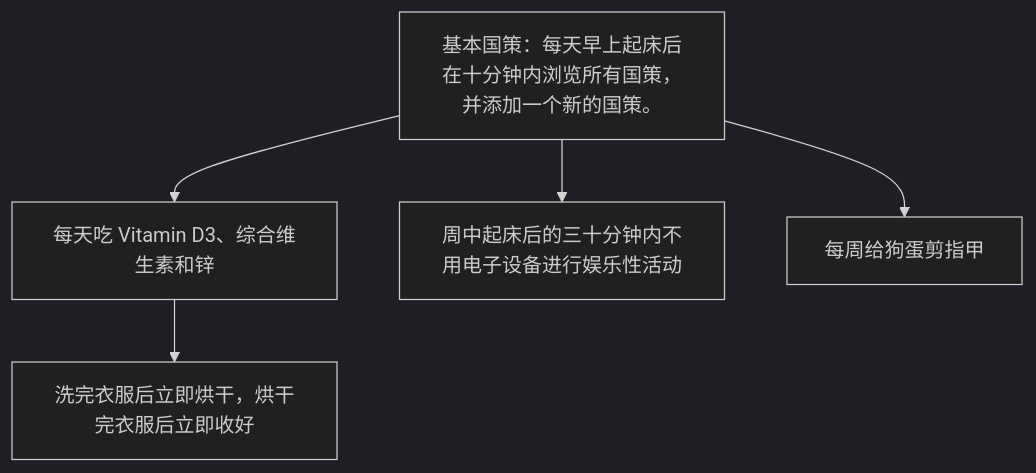
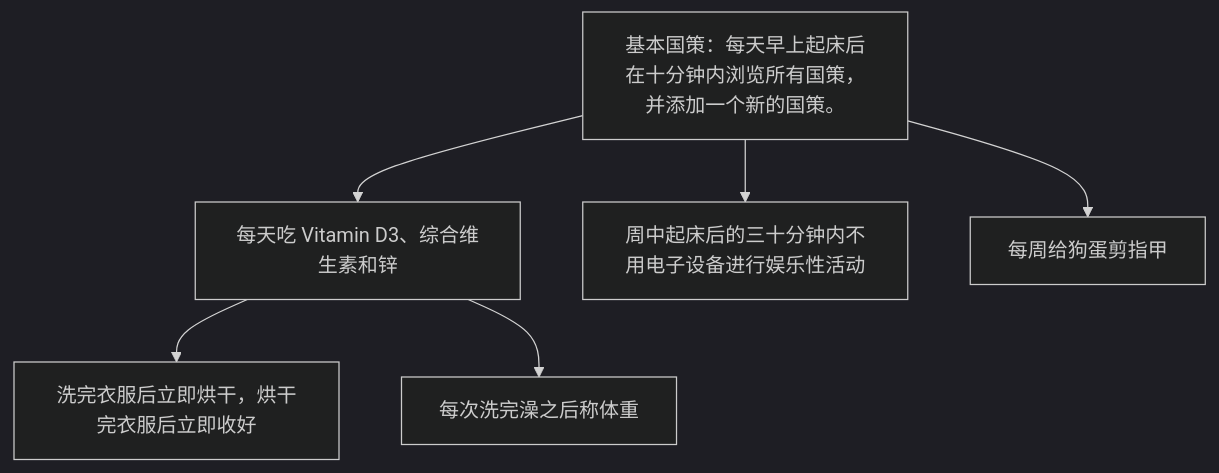
Before and after one commit to HeavyWhale/RSIP: the diagram in national_policies.mermaid, drawn with Mermaid (dark theme).

```diff
--- a/national_policies.mermaid
+++ b/national_policies.mermaid
@@ -1,6 +1,7 @@
 graph TD
     A[基本国策：每天早上起床后在十分钟内浏览所有国策，并添加一个新的国策。]
     A --> B[每天吃 Vitamin D3、综合维生素和锌]
     B --> BA[洗完衣服后立即烘干，烘干完衣服后立即收好]
+    B --> BB[每次洗完澡之后称体重]
     A --> C[周中起床后的三十分钟内不用电子设备进行娱乐性活动]
     A --> D[每周给狗蛋剪指甲]
```
